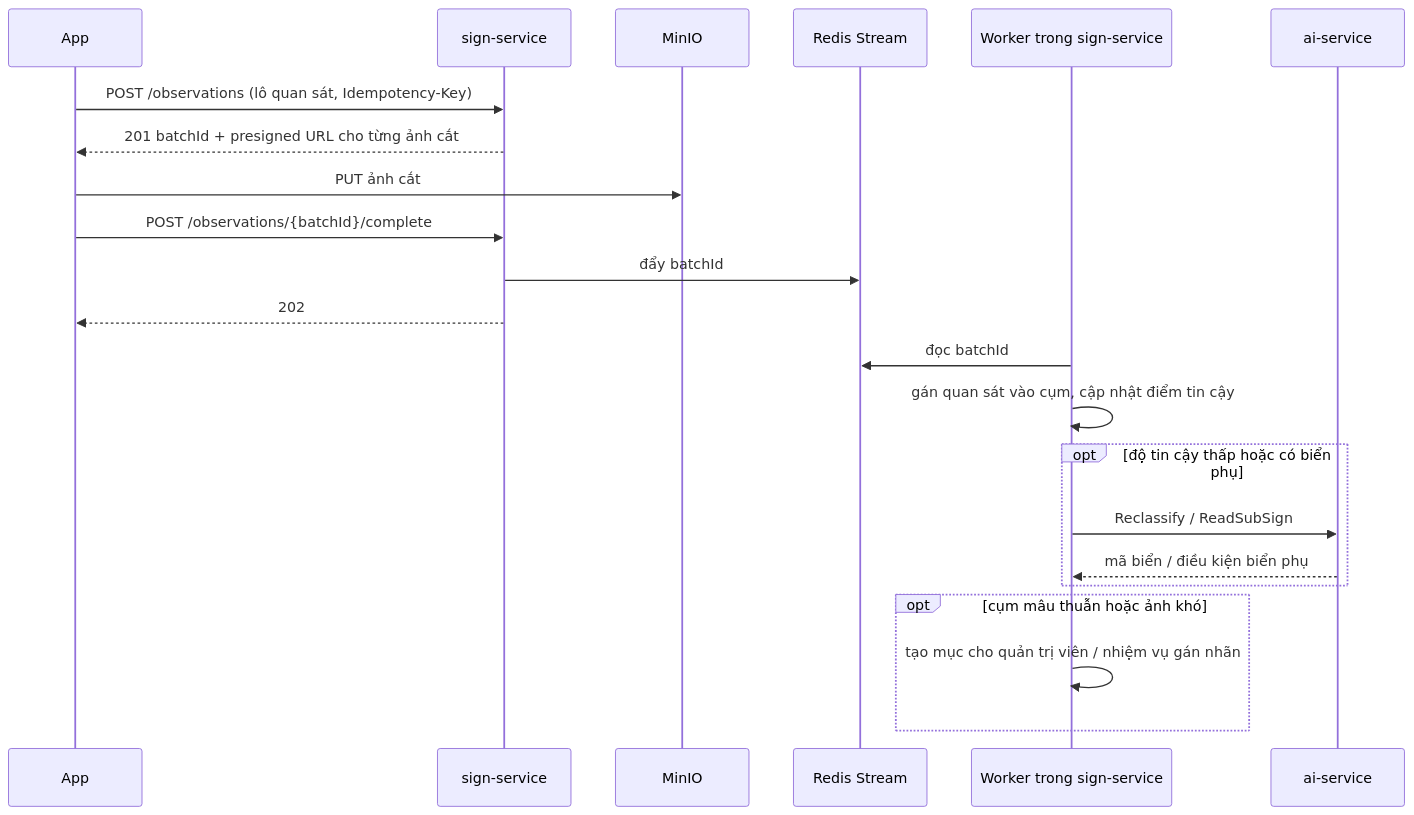
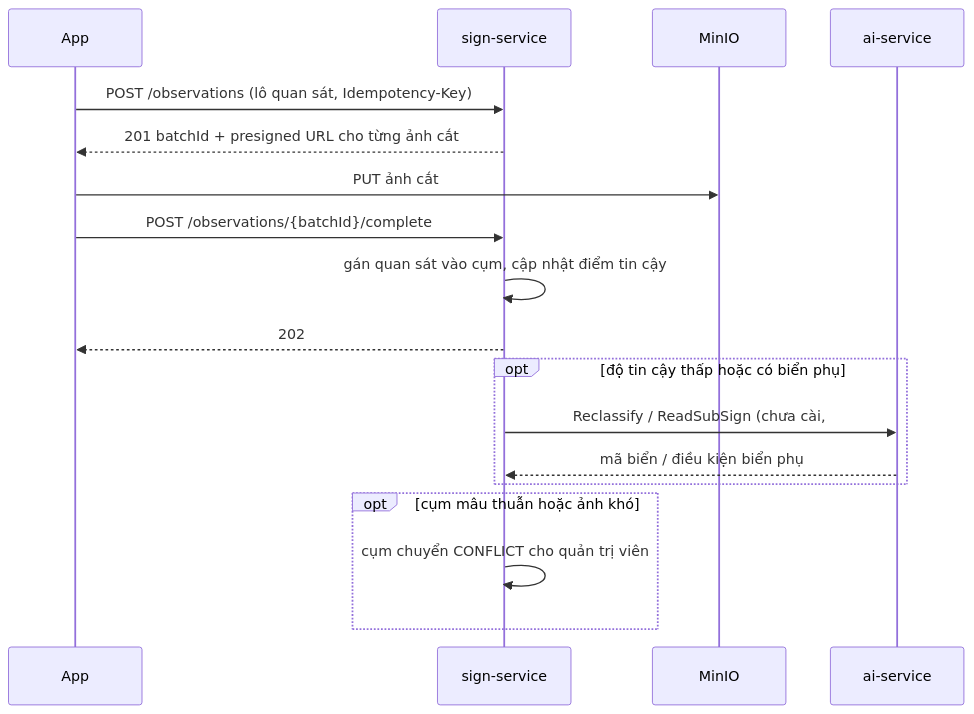
Before and after one commit to hana200804/DoAn: the fourth of 8 diagrams in docs/03-kien-truc.md, drawn with Mermaid. The commit also changed other lines of this file and 10 other files, not shown here.

First line of the commit message:
docs: cập nhật tài liệu theo mã đã cài đặt (#58)

````diff
--- a/docs/03-kien-truc.md
+++ b/docs/03-kien-truc.md
@@ -117,25 +117,21 @@
 ```mermaid
 sequenceDiagram
     participant App
     participant Sign as sign-service
     participant S3 as MinIO
-    participant Q as Redis Stream
-    participant W as Worker trong sign-service
     participant AI as ai-service
 
     App->>Sign: POST /observations (lô quan sát, Idempotency-Key)
     Sign-->>App: 201 batchId + presigned URL cho từng ảnh cắt
     App->>S3: PUT ảnh cắt
     App->>Sign: POST /observations/{batchId}/complete
-    Sign->>Q: đẩy batchId
+    Sign->>Sign: gán quan sát vào cụm, cập nhật điểm tin cậy
     Sign-->>App: 202
-    W->>Q: đọc batchId
-    W->>W: gán quan sát vào cụm, cập nhật điểm tin cậy
     opt độ tin cậy thấp hoặc có biển phụ
-        W->>AI: Reclassify / ReadSubSign
-        AI-->>W: mã biển / điều kiện biển phụ
+        Sign->>AI: Reclassify / ReadSubSign (chưa cài, #42)
+        AI-->>Sign: mã biển / điều kiện biển phụ
     end
     opt cụm mâu thuẫn hoặc ảnh khó
-        W->>W: tạo mục cho quản trị viên / nhiệm vụ gán nhãn
+        Sign->>Sign: cụm chuyển CONFLICT cho quản trị viên
     end
 ```
````
